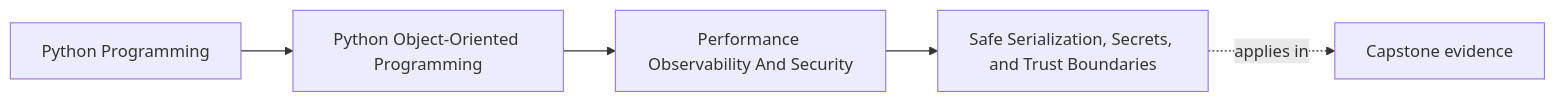
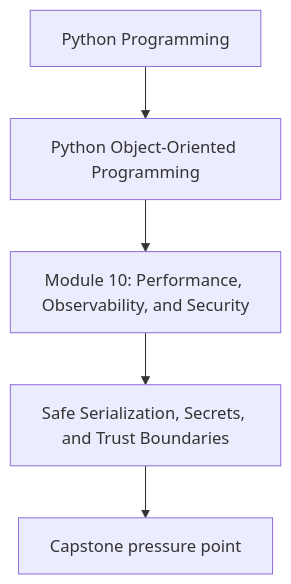
The first of 2 diagrams in programs/python-programming/python-object-oriented-programming/course-book/module-10-performance-observability-and-security/safe-serialization-secrets-and-trust-boundaries.md (bijux/bijux-masterclass), drawn with Mermaid before and after one commit. The commit also changed other lines of this file and 107 other files, not shown here.

Commit message:
docs(python-object-oriented-programming): align concept page diagrams

````diff
--- a/programs/python-programming/python-object-oriented-programming/course-book/module-10-performance-observability-and-security/safe-serialization-secrets-and-trust-boundaries.md
+++ b/programs/python-programming/python-object-oriented-programming/course-book/module-10-performance-observability-and-security/safe-serialization-secrets-and-trust-boundaries.md
@@ -7,11 +7,7 @@
 ```mermaid
-graph LR
-  family["Python Programming"]
-  program["Python Object-Oriented Programming"]
-  section["Performance Observability And Security"]
-  page["Safe Serialization, Secrets, and Trust Boundaries"]
-  capstone["Capstone evidence"]
-
-  family --> program --> section --> page
-  page -.applies in.-> capstone
+flowchart TD
+  family["Python Programming"] --> program["Python Object-Oriented Programming"]
+  program --> module["Module 10: Performance, Observability, and Security"]
+  module --> concept["Safe Serialization, Secrets, and Trust Boundaries"]
+  concept --> capstone["Capstone pressure point"]
 ```
````
